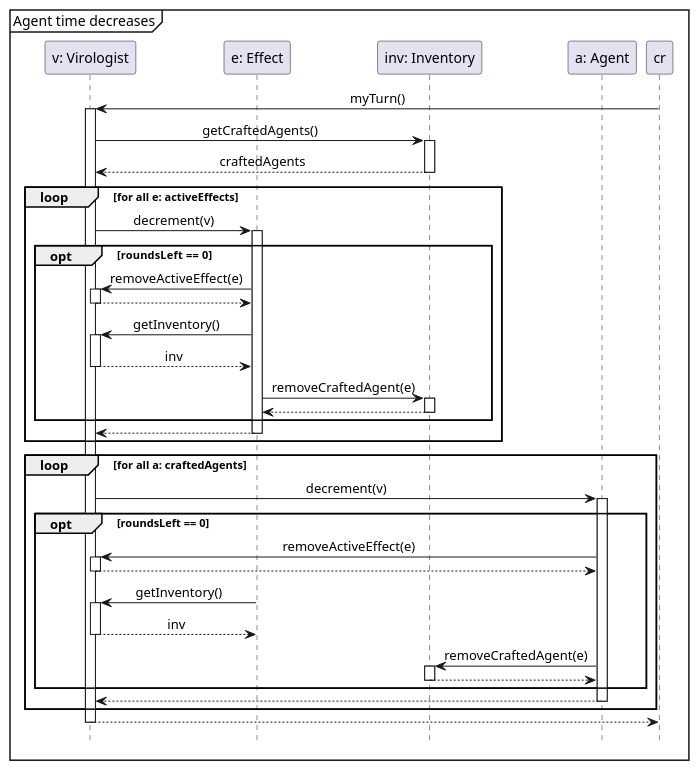
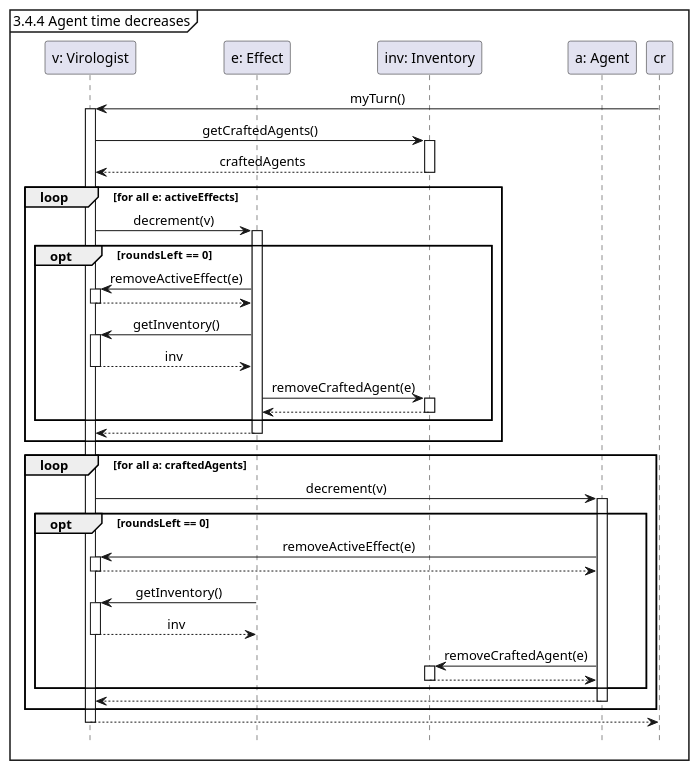
The diagram in docs/seqDiagrams/03_2agentTimeDecreases.puml (Tschonti/503-service-unavailable), drawn with PlantUML before and after one commit. The commit also changed 9 other files, not shown here.

```diff
--- a/docs/seqDiagrams/03_2agentTimeDecreases.puml
+++ b/docs/seqDiagrams/03_2agentTimeDecreases.puml
@@ -1,42 +1,42 @@
 @startuml
 
 hide footbox
 skinparam sequenceMessageAlign center
 
-mainframe Agent time decreases
+mainframe 3.4.4 Agent time decreases
 
 participant "v: Virologist" as v
 participant "e: Effect" as e
 participant "inv: Inventory" as inv
 participant "a: Agent" as a
 
 cr -> v ++ : myTurn()
 v -> inv ++ : getCraftedAgents()
 return craftedAgents
     loop for all e: activeEffects
         v -> e ++ : decrement(v)
         opt roundsLeft ==  0
             e -> v ++ : removeActiveEffect(e)
             return
             e -> v ++ : getInventory()
             return inv
             e -> inv ++ : removeCraftedAgent(e)
             return
         end
         return
     end
     loop for all a: craftedAgents
         v -> a++ : decrement(v)
             opt roundsLeft == 0
                 a -> v ++ : removeActiveEffect(e)
                 return
                 e -> v ++ : getInventory()
                 return inv
                 a -> inv ++ : removeCraftedAgent(e)
                 return
             end
         return
     end
 return
 
 @enduml
```
